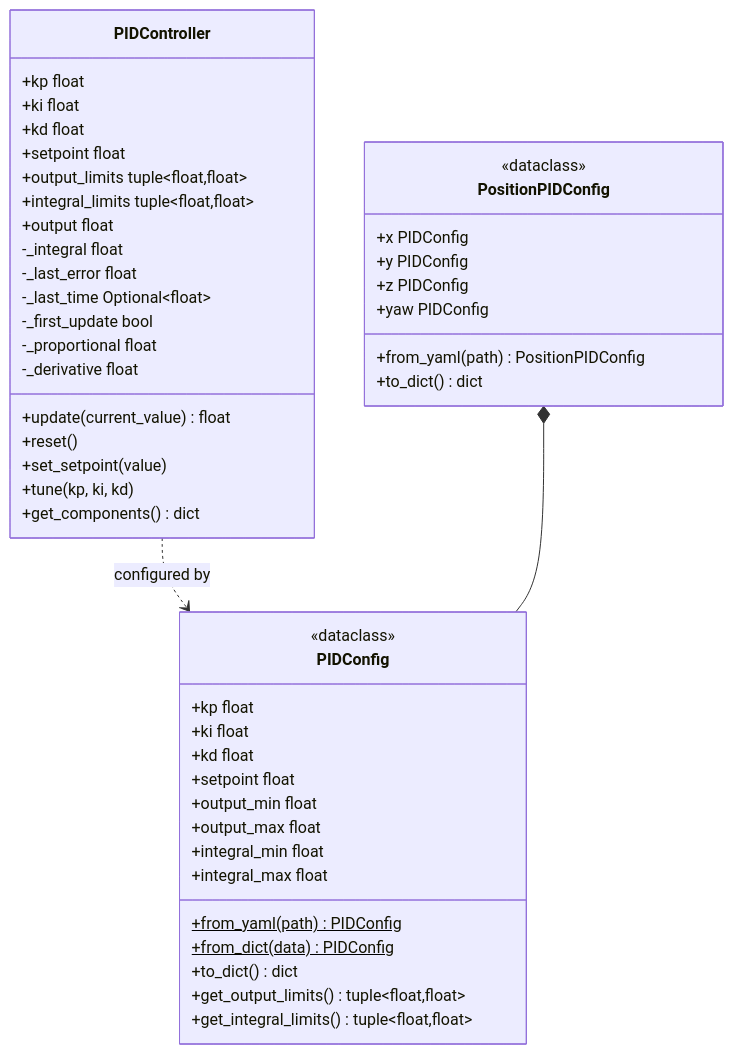
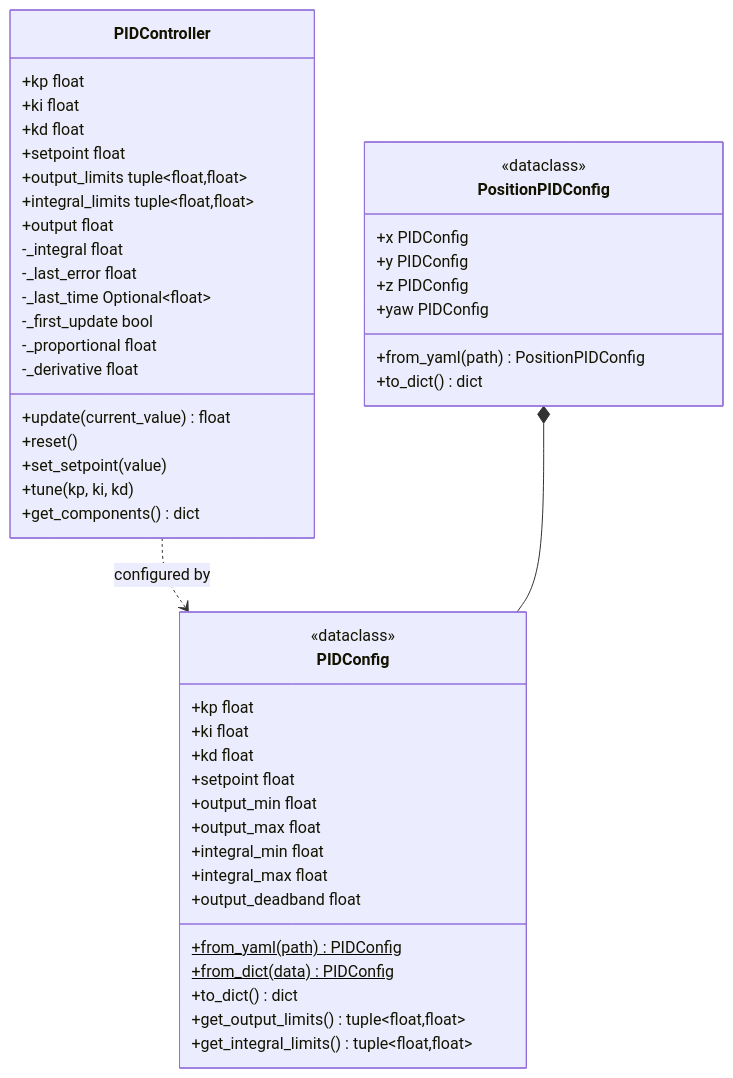
One commit to Black-Bee-Drones/nectar-sdk changed the diagram in nectar/nectar/control/pid/README.md. Above: the diagram before and after it, drawn with Mermaid. The commit also changed other lines of this file and 17 other files, not shown here.

````diff
--- a/nectar/nectar/control/pid/README.md
+++ b/nectar/nectar/control/pid/README.md
@@ -21,53 +21,54 @@
 ```mermaid
 classDiagram
     class PIDController {
         +kp float
         +ki float
         +kd float
         +setpoint float
         +output_limits tuple~float,float~
         +integral_limits tuple~float,float~
         +output float
         -_integral float
         -_last_error float
         -_last_time Optional~float~
         -_first_update bool
         -_proportional float
         -_derivative float
         +update(current_value) float
         +reset()
         +set_setpoint(value)
         +tune(kp, ki, kd)
         +get_components() dict
     }
 
     class PIDConfig {
         <<dataclass>>
         +kp float
         +ki float
         +kd float
         +setpoint float
         +output_min float
         +output_max float
         +integral_min float
         +integral_max float
+        +output_deadband float
         +from_yaml(path)$ PIDConfig
         +from_dict(data)$ PIDConfig
         +to_dict() dict
         +get_output_limits() tuple~float,float~
         +get_integral_limits() tuple~float,float~
     }
 
     class PositionPIDConfig {
         <<dataclass>>
         +x PIDConfig
         +y PIDConfig
         +z PIDConfig
         +yaw PIDConfig
         +from_yaml(path) PositionPIDConfig
         +to_dict() dict
     }
 
     PIDController ..> PIDConfig : configured by
     PositionPIDConfig *-- PIDConfig
 ```
````
